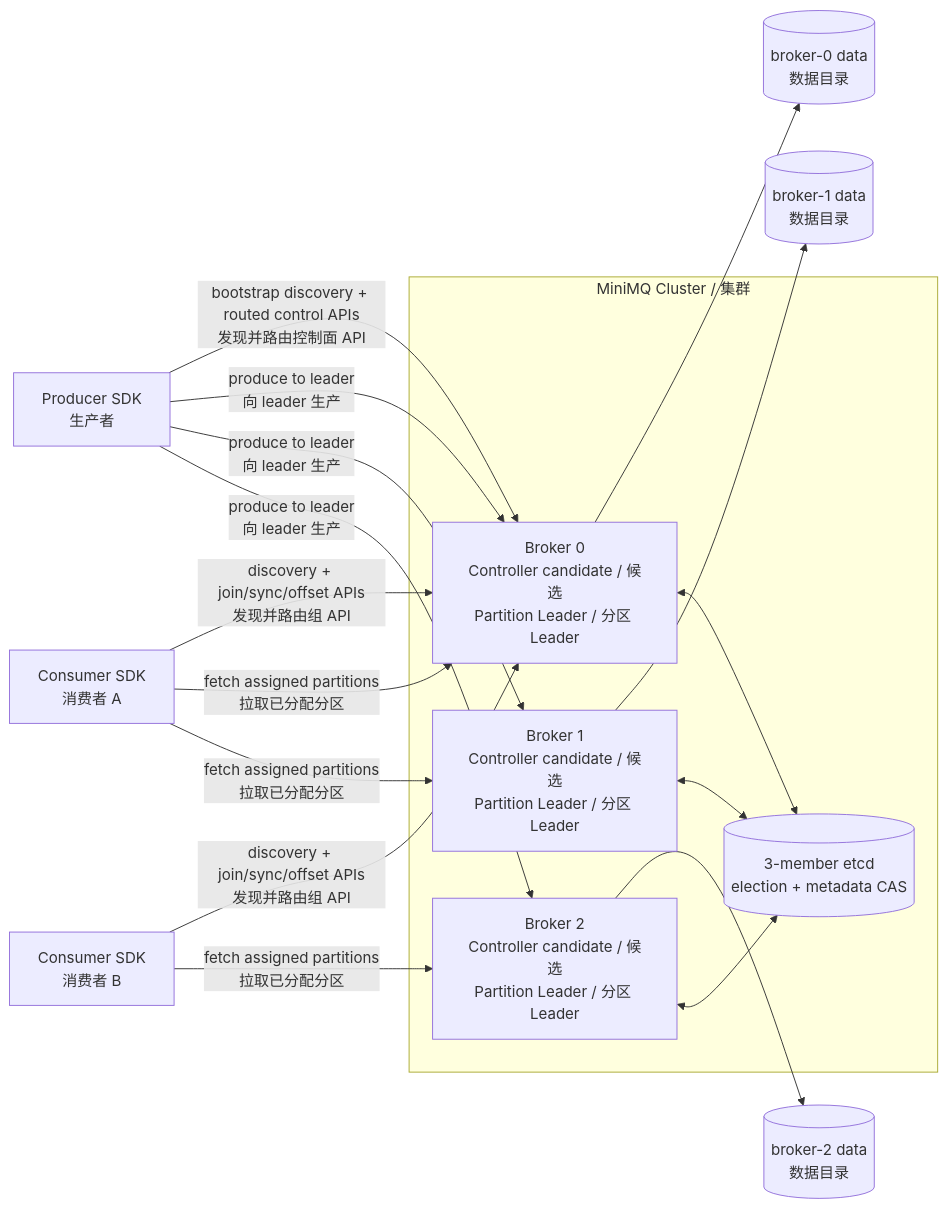
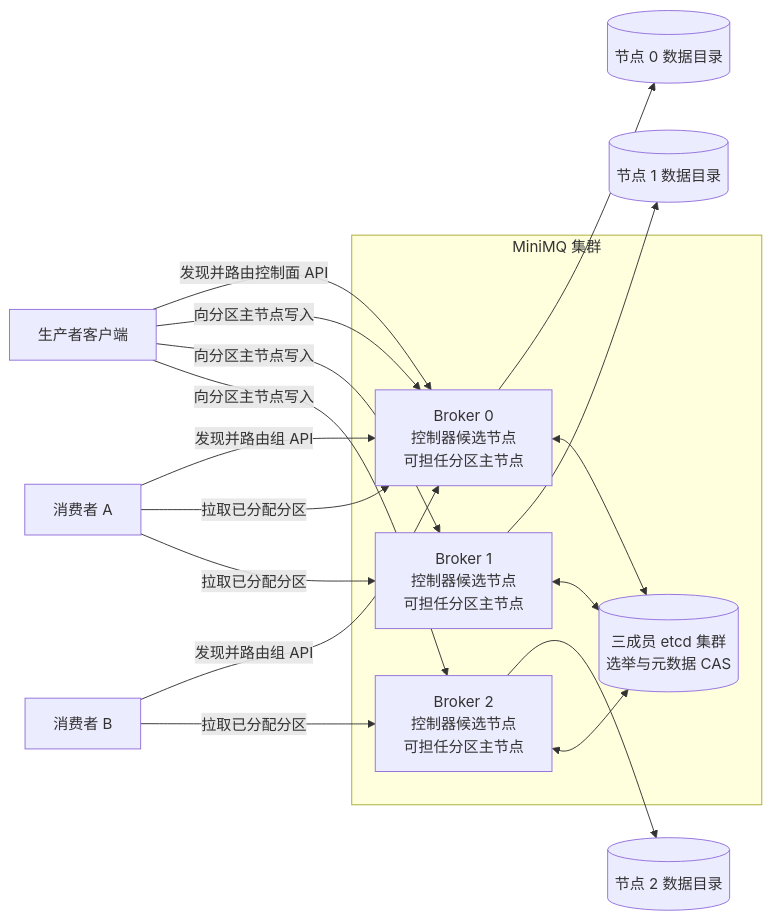
Before and after one commit to wxw121/miniMQ: the second of 5 diagrams in docs/architecture.md, drawn with Mermaid. The commit also changed other lines of this file and 10 other files, not shown here.

First line of the commit message:
docs: add architecture diagram and clarify code comments

````diff
--- a/docs/architecture.md
+++ b/docs/architecture.md
@@ -61,35 +74,35 @@
 ```mermaid
 flowchart LR
-    producer[Producer SDK<br/>生产者]
-    consumer1[Consumer SDK<br/>消费者 A]
-    consumer2[Consumer SDK<br/>消费者 B]
+    producer[生产者客户端]
+    consumer1[消费者 A]
+    consumer2[消费者 B]
 
-    subgraph Cluster[MiniMQ Cluster / 集群]
-        b0[Broker 0<br/>Controller candidate / 候选<br/>Partition Leader / 分区 Leader]
-        b1[Broker 1<br/>Controller candidate / 候选<br/>Partition Leader / 分区 Leader]
-        b2[Broker 2<br/>Controller candidate / 候选<br/>Partition Leader / 分区 Leader]
-        etcd[(3-member etcd<br/>election + metadata CAS)]
+    subgraph Cluster[MiniMQ 集群]
+        b0[Broker 0<br/>控制器候选节点<br/>可担任分区主节点]
+        b1[Broker 1<br/>控制器候选节点<br/>可担任分区主节点]
+        b2[Broker 2<br/>控制器候选节点<br/>可担任分区主节点]
+        etcd[(三成员 etcd 集群<br/>选举与元数据 CAS)]
     end
 
-    disk0[(broker-0 data<br/>数据目录)]
-    disk1[(broker-1 data<br/>数据目录)]
-    disk2[(broker-2 data<br/>数据目录)]
+    disk0[(节点 0 数据目录)]
+    disk1[(节点 1 数据目录)]
+    disk2[(节点 2 数据目录)]
 
-    producer -- bootstrap discovery + routed control APIs<br/>发现并路由控制面 API --> b0
-    producer -- produce to leader<br/>向 leader 生产 --> b0
-    producer -- produce to leader<br/>向 leader 生产 --> b1
-    producer -- produce to leader<br/>向 leader 生产 --> b2
+    producer -- 发现并路由控制面 API --> b0
+    producer -- 向分区主节点写入 --> b0
+    producer -- 向分区主节点写入 --> b1
+    producer -- 向分区主节点写入 --> b2
 
-    consumer1 -- discovery + join/sync/offset APIs<br/>发现并路由组 API --> b0
-    consumer2 -- discovery + join/sync/offset APIs<br/>发现并路由组 API --> b0
-    consumer1 -- fetch assigned partitions<br/>拉取已分配分区 --> b0
-    consumer1 -- fetch assigned partitions<br/>拉取已分配分区 --> b1
-    consumer2 -- fetch assigned partitions<br/>拉取已分配分区 --> b2
+    consumer1 -- 发现并路由组 API --> b0
+    consumer2 -- 发现并路由组 API --> b0
+    consumer1 -- 拉取已分配分区 --> b0
+    consumer1 -- 拉取已分配分区 --> b1
+    consumer2 -- 拉取已分配分区 --> b2
 
     b0 --> disk0
     b1 --> disk1
     b2 --> disk2
     b0 <--> etcd
     b1 <--> etcd
     b2 <--> etcd
 ```
````
